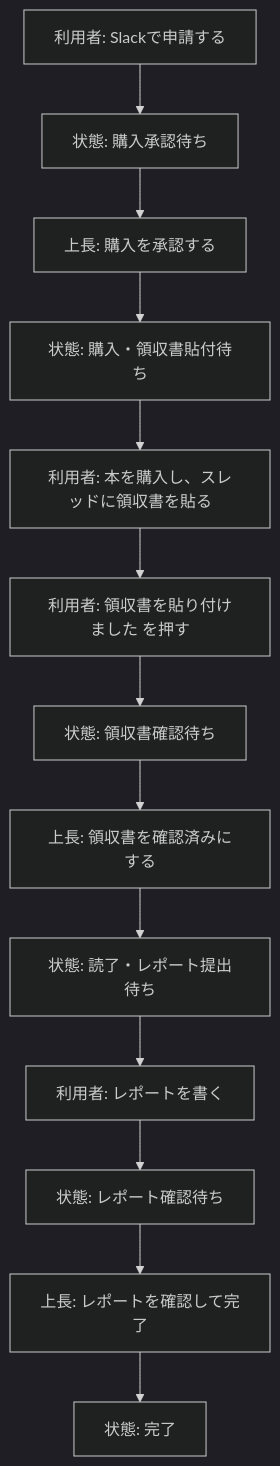
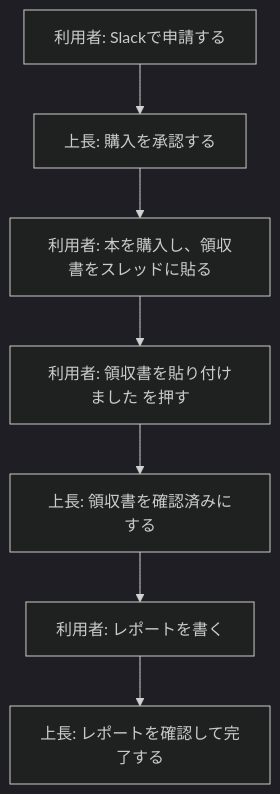
Before and after one commit to Saitekiinc-com/saiteki-study-doc: the diagram in docs/knowledge_base/purchase_flow.md, drawn with Mermaid (dark theme). The commit also changed other lines of this file and 3 other files, not shown here.

````diff
--- a/docs/knowledge_base/purchase_flow.md
+++ b/docs/knowledge_base/purchase_flow.md
@@ -16,15 +8,9 @@
 ```mermaid
 flowchart TD
-    A["利用者: Slackで申請する"] --> B["状態: 購入承認待ち"]
-    B --> C["上長: 購入を承認する"]
-    C --> D["状態: 購入・領収書貼付待ち"]
-    D --> E["利用者: 本を購入し、スレッドに領収書を貼る"]
-    E --> F["利用者: 領収書を貼り付けました を押す"]
-    F --> G["状態: 領収書確認待ち"]
-    G --> H["上長: 領収書を確認済みにする"]
-    H --> I["状態: 読了・レポート提出待ち"]
-    I --> J["利用者: レポートを書く"]
-    J --> K["状態: レポート確認待ち"]
-    K --> L["上長: レポートを確認して完了"]
-    L --> M["状態: 完了"]
+    A["利用者: Slackで申請する"] --> B["上長: 購入を承認する"]
+    B --> C["利用者: 本を購入し、領収書をスレッドに貼る"]
+    C --> D["利用者: 領収書を貼り付けました を押す"]
+    D --> E["上長: 領収書を確認済みにする"]
+    E --> F["利用者: レポートを書く"]
+    F --> G["上長: レポートを確認して完了する"]
 ```
````
